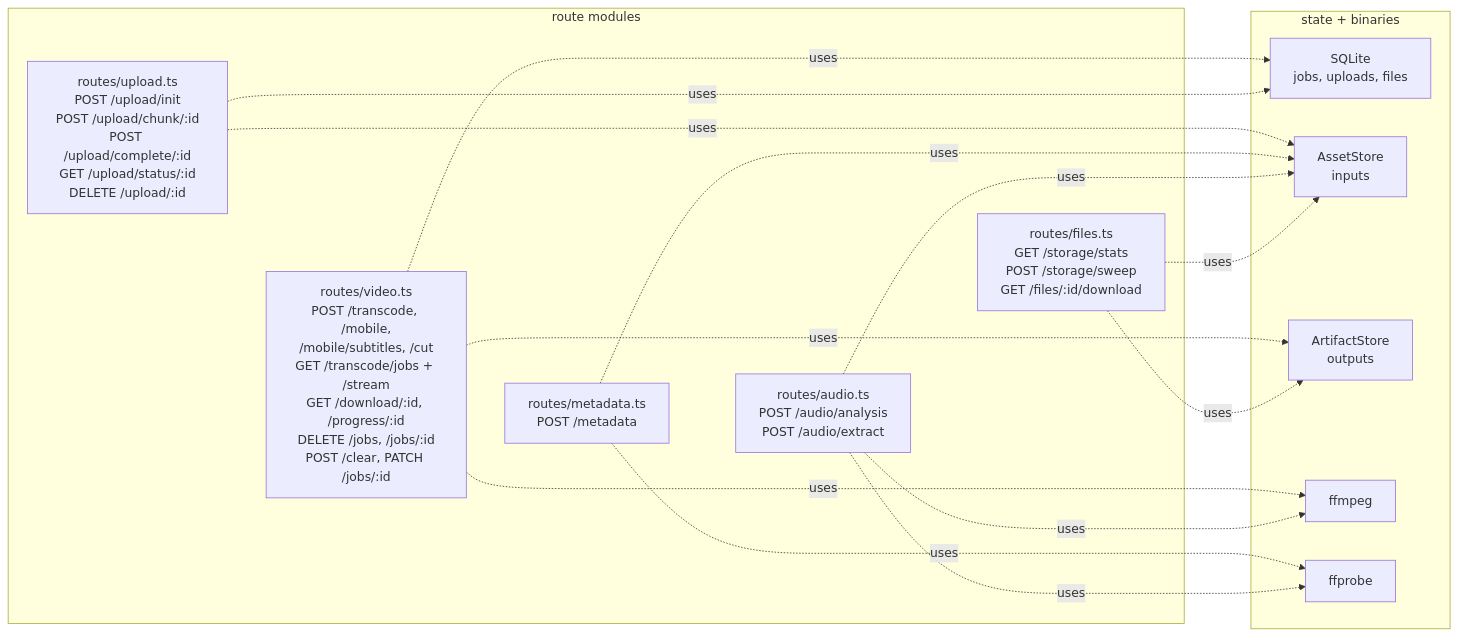
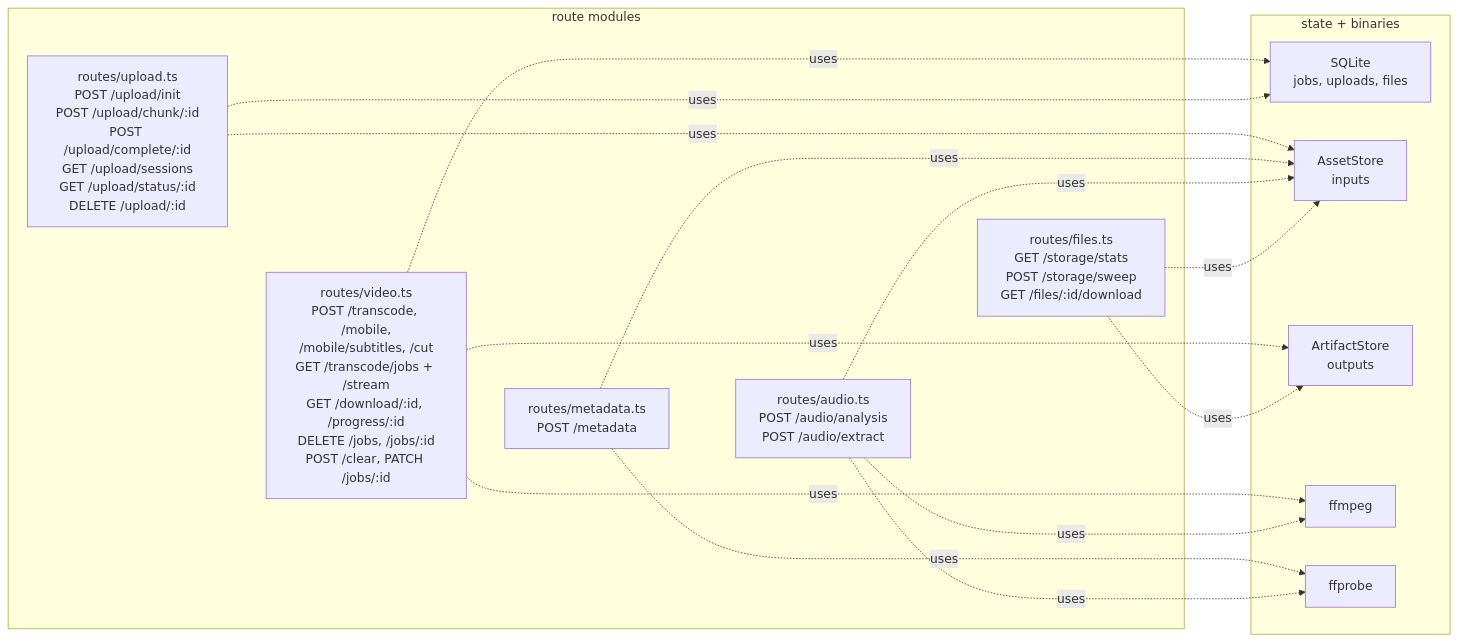
One commit to Iipal/ffmpego_editor changed the second of 6 diagrams in apps/api/README.md. Above: the diagram before and after it, drawn with Mermaid. The commit also changed other lines of this file and 14 other files, not shown here.

````diff
--- a/apps/api/README.md
+++ b/apps/api/README.md
@@ -38,26 +38,26 @@
 ```mermaid
 flowchart LR
     subgraph Modules["route modules"]
-        U["routes/upload.ts<br/>POST /upload/init<br/>POST /upload/chunk/:id<br/>POST /upload/complete/:id<br/>GET /upload/status/:id<br/>DELETE /upload/:id"]
+        U["routes/upload.ts<br/>POST /upload/init<br/>POST /upload/chunk/:id<br/>POST /upload/complete/:id<br/>GET /upload/sessions<br/>GET /upload/status/:id<br/>DELETE /upload/:id"]
         V["routes/video.ts<br/>POST /transcode, /mobile,<br/>/mobile/subtitles, /cut<br/>GET /transcode/jobs + /stream<br/>GET /download/:id, /progress/:id<br/>DELETE /jobs, /jobs/:id<br/>POST /clear, PATCH /jobs/:id"]
         MD["routes/metadata.ts<br/>POST /metadata"]
         AU["routes/audio.ts<br/>POST /audio/analysis<br/>POST /audio/extract"]
         F["routes/files.ts<br/>GET /storage/stats<br/>POST /storage/sweep<br/>GET /files/:id/download"]
     end
 
     U ~~~ V ~~~ MD ~~~ AU ~~~ F
 
     subgraph State["state + binaries"]
         DB["SQLite<br/>jobs, uploads, files"]
         AS["AssetStore<br/>inputs"]
         AR["ArtifactStore<br/>outputs"]
         FF["ffmpeg"]
         FP["ffprobe"]
     end
 
     V -. uses .-> DB & AR & FF
     U -. uses .-> DB & AS
     MD -. uses .-> FP & AS
     AU -. uses .-> FF & FP & AS
     F -. uses .-> AS & AR
 ```
````
